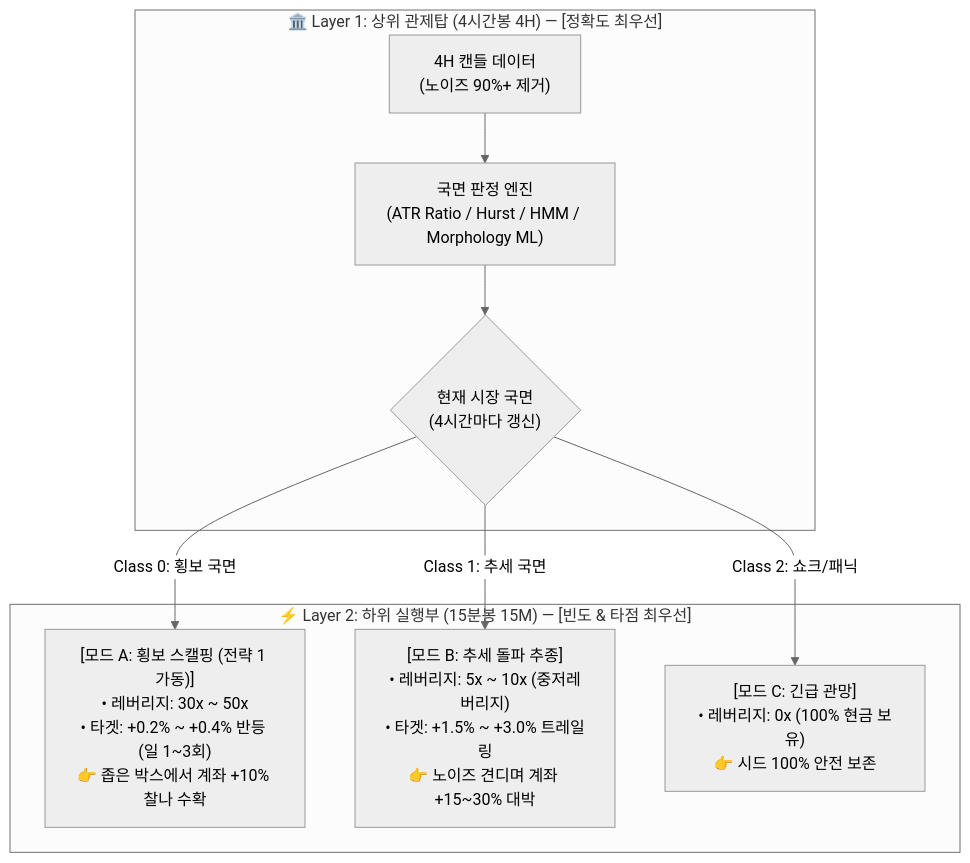
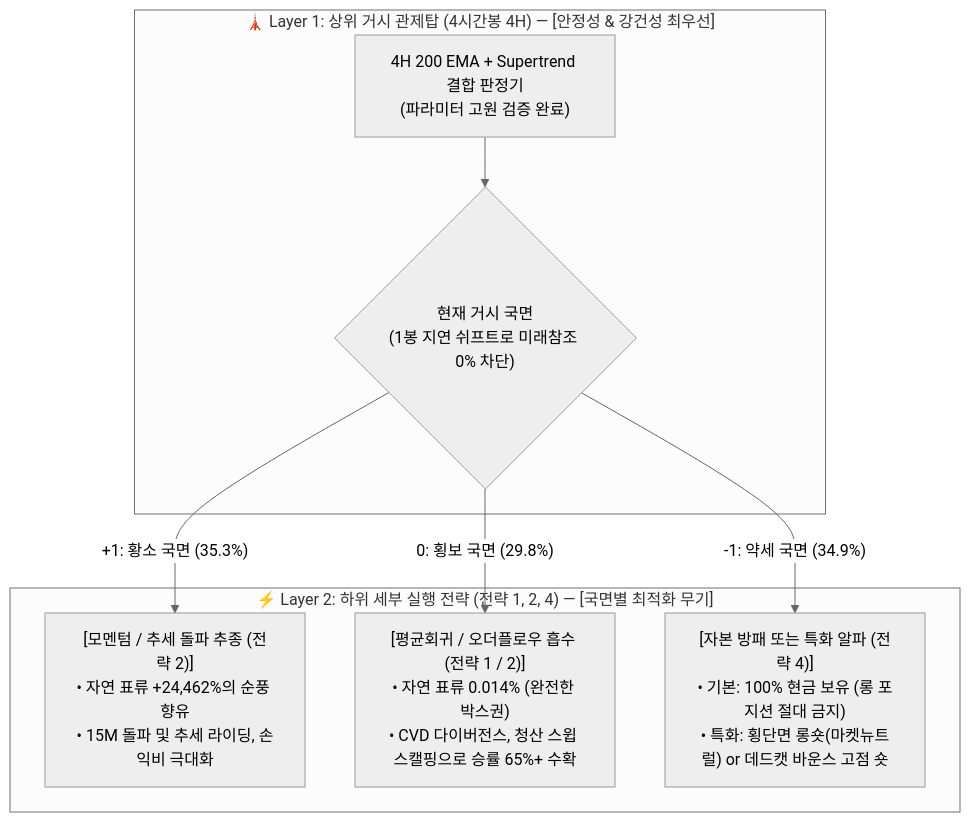
One commit to isltod/extreme-trading-experiments changed the diagram in docs/strat03_regime/strategy_charter.md. Above: the diagram before and after it, drawn with Mermaid (neutral theme). The commit also changed other lines of this file and 22 other files, not shown here.

````diff
--- a/docs/strat03_regime/strategy_charter.md
+++ b/docs/strat03_regime/strategy_charter.md
@@ -29,15 +31,15 @@
 ```mermaid
 flowchart TD
-    subgraph Layer1["🏛️ Layer 1: 상위 관제탑 (4시간봉 4H) — [정확도 최우선]"]
-        L1_Data["4H 캔들 데이터<br/>(노이즈 90%+ 제거)"] --> L1_Engine["국면 판정 엔진<br/>(ATR Ratio / Hurst / HMM / Morphology ML)"]
-        L1_Engine --> L1_State{"현재 시장 국면<br/>(4시간마다 갱신)"}
+    subgraph Layer1["🗼 Layer 1: 상위 거시 관제탑 (4시간봉 4H) — [안정성 & 강건성 최우선]"]
+        L1_Engine["4H 200 EMA + Supertrend 결합 판정기<br/>(파라미터 고원 검증 완료)"]
+        L1_Engine --> L1_State{"현재 거시 국면<br/>(1봉 지연 쉬프트로 미래참조 0% 차단)"}
     end
 
-    subgraph Layer2["⚡ Layer 2: 하위 실행부 (15분봉 15M) — [빈도 & 타점 최우선]"]
-        L1_State -->|"Class 0: 횡보 국면"| M_Range["[모드 A: 횡보 스캘핑 (전략 1 가동)]<br/>• 레버리지: 30x ~ 50x<br/>• 타겟: +0.2% ~ +0.4% 반등 (일 1~3회)<br/>👉 좁은 박스에서 계좌 +10% 찰나 수확"]
+    subgraph Layer2["⚡ Layer 2: 하위 세부 실행 전략 (전략 1, 2, 4) — [국면별 최적화 무기]"]
+        L1_State -->|"+1: 황소 국면 (35.3%)"| M_Trend["[모멘텀 / 추세 돌파 추종 (전략 2)]<br/>• 자연 표류 +24,462%의 순풍 향유<br/>• 15M 돌파 및 추세 라이딩, 손익비 극대화"]
         
-        L1_State -->|"Class 1: 추세 국면"| M_Trend["[모드 B: 추세 돌파 추종]<br/>• 레버리지: 5x ~ 10x (중저레버리지)<br/>• 타겟: +1.5% ~ +3.0% 트레일링<br/>👉 노이즈 견디며 계좌 +15~30% 대박"]
+        L1_State -->|"0: 횡보 국면 (29.8%)"| M_Range["[평균회귀 / 오더플로우 흡수 (전략 1 / 2)]<br/>• 자연 표류 0.014% (완전한 박스권)<br/>• CVD 다이버전스, 청산 스윕 스캘핑으로 승률 65%+ 수확"]
         
-        L1_State -->|"Class 2: 쇼크/패닉"| M_Cash["[모드 C: 긴급 관망]<br/>• 레버리지: 0x (100% 현금 보유)<br/>👉 시드 100% 안전 보존"]
+        L1_State -->|"-1: 약세 국면 (34.9%)"| M_Bear["[자본 방패 또는 특화 알파 (전략 4)]<br/>• 기본: 100% 현금 보유 (롱 포지션 절대 금지)<br/>• 특화: 횡단면 롱숏(마켓뉴트럴) or 데드캣 바운스 고점 숏"]
     end
 ```
````
